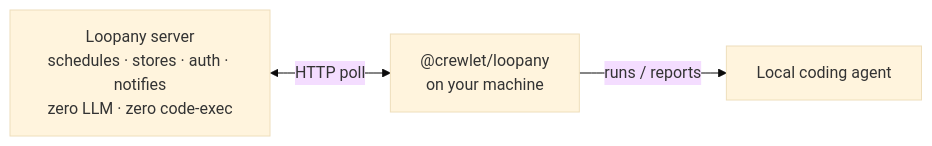
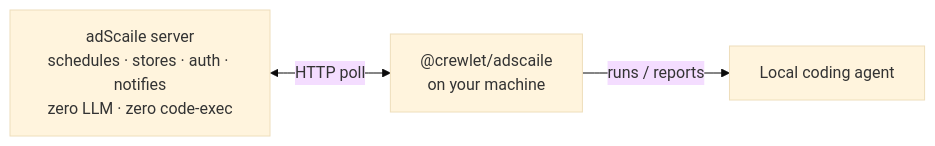
One commit to superdesigndev/loopany-platform changed the diagram in README.md. Above: the diagram before and after it, drawn with Mermaid (base theme). The commit also changed other lines of this file and 153 other files, not shown here.

Commit message:
Rename Loopany to adScaile

````diff
--- a/README.md
+++ b/README.md
@@ -77,8 +77,8 @@
 ```mermaid
 flowchart LR
-  Server["Loopany server<br/>schedules · stores · auth · notifies<br/>zero LLM · zero code-exec"]
-  Daemon["@crewlet/loopany<br/>on your machine"]
+  Server["adScaile server<br/>schedules · stores · auth · notifies<br/>zero LLM · zero code-exec"]
+  Daemon["@crewlet/adscaile<br/>on your machine"]
   Agent["Local coding agent"]
   Server <-->|"HTTP poll"| Daemon
   Daemon -->|"runs / reports"| Agent
 ```
````
